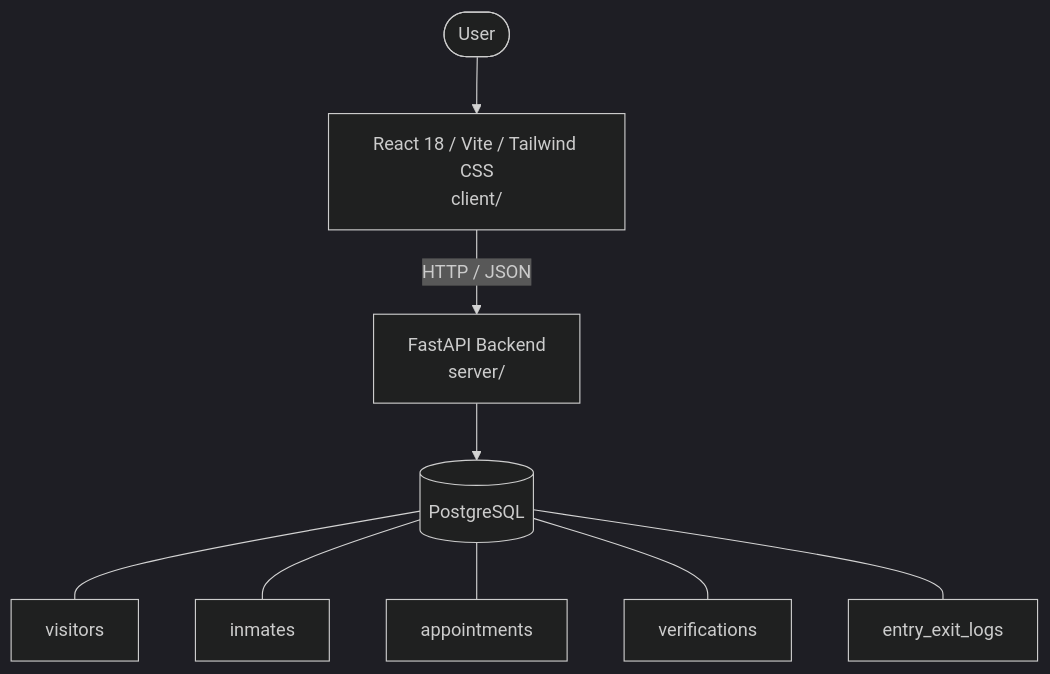
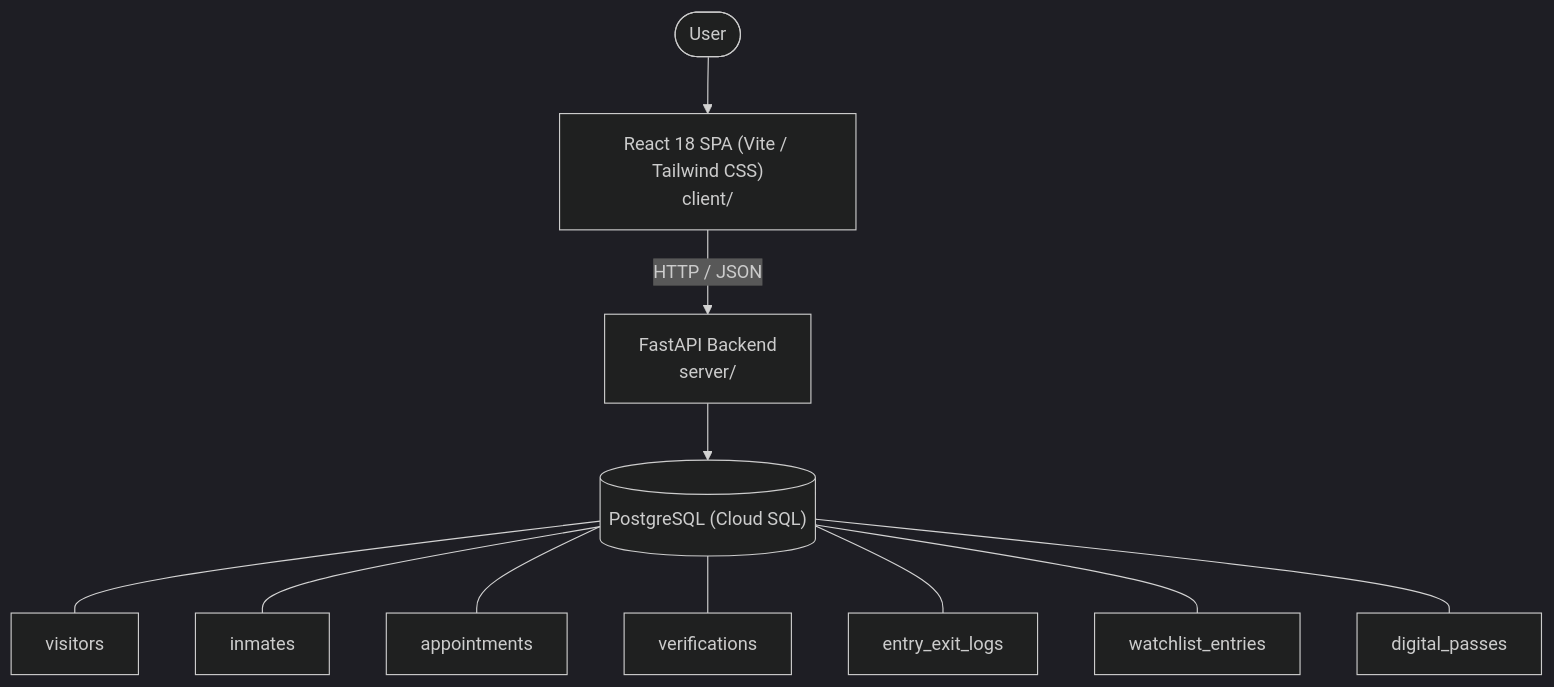
The diagram in architecture.md (p67428378-afk/test2), drawn with Mermaid (dark theme) before and after one commit. The commit also changed other lines of this file and 11 other files, not shown here.

Commit message:
fix(SCRUM-202): include id in express QR scan and digital pass schemas, fix timezone comparisons and watchlist deactivation sync

````diff
--- a/architecture.md
+++ b/architecture.md
@@ -6,15 +6,17 @@
 ```mermaid
 graph TD
   User([User])
-  UI["React 18 / Vite / Tailwind CSS<br/>client/"]
+  UI["React 18 SPA (Vite / Tailwind CSS)<br/>client/"]
   API["FastAPI Backend<br/>server/"]
-  DB[("PostgreSQL")]
+  DB[("PostgreSQL (Cloud SQL)")]
   User --> UI
   UI -->|HTTP / JSON| API
   API --> DB
   DB --- tbl_visitors["visitors"]
   DB --- tbl_inmates["inmates"]
   DB --- tbl_appointments["appointments"]
   DB --- tbl_verifications["verifications"]
   DB --- tbl_entry_exit_logs["entry_exit_logs"]
+  DB --- tbl_watchlist_entries["watchlist_entries"]
+  DB --- tbl_digital_passes["digital_passes"]
 ```
````
